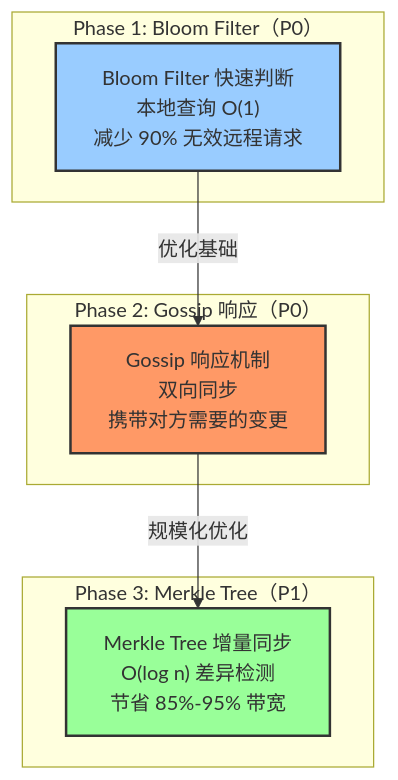
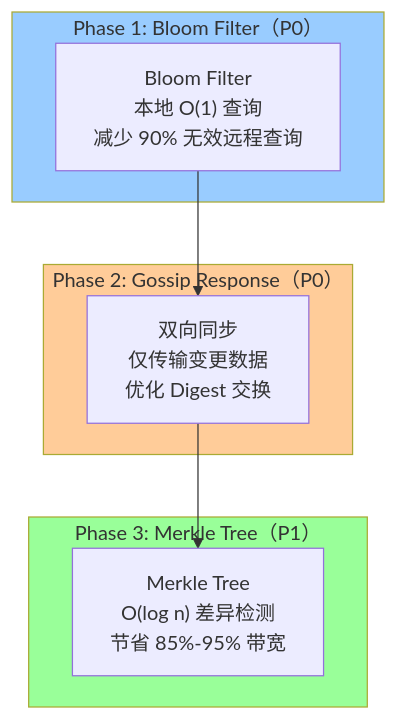
Before and after one commit to jzhang405/NexKV: the first of 4 diagrams in docs/07_spike/node-sync-optimization.md, drawn with Mermaid. The commit also changed other lines of this file and 2 other files, not shown here.

````diff
--- a/docs/07_spike/node-sync-optimization.md
+++ b/docs/07_spike/node-sync-optimization.md
@@ -78,20 +46,21 @@
 ```mermaid
 graph TB
-    subgraph "Phase 1: Bloom Filter（P0）"
-        BF["Bloom Filter 快速判断<br/>本地查询 O(1)<br/>减少 90% 无效远程请求"]
+    subgraph Phase1["Phase 1: Bloom Filter（P0）"]
+        BF["Bloom Filter<br/>本地 O(1) 查询<br/>减少 90% 无效远程查询"]
     end
 
-    subgraph "Phase 2: Gossip 响应（P0）"
-        GS["Gossip 响应机制<br/>双向同步<br/>携带对方需要的变更"]
+    subgraph Phase2["Phase 2: Gossip Response（P0）"]
+        GR["双向同步<br/>仅传输变更数据<br/>优化 Digest 交换"]
     end
 
-    subgraph "Phase 3: Merkle Tree（P1）"
-        MT["Merkle Tree 增量同步<br/>O(log n) 差异检测<br/>节省 85%-95% 带宽"]
+    subgraph Phase3["Phase 3: Merkle Tree（P1）"]
+        MT["Merkle Tree<br/>O(log n) 差异检测<br/>节省 85%-95% 带宽"]
     end
 
-    BF -->|"优化基础"| GS -->|"规模化优化"| MT
+    BF --> GR
+    GR --> MT
 
-    style BF fill:#9cf,stroke:#333,stroke-width:2px
-    style GS fill:#f96,stroke:#333,stroke-width:2px
-    style MT fill:#9f9,stroke:#333,stroke-width:2px
+    style Phase1 fill:#9cf
+    style Phase2 fill:#fc9
+    style Phase3 fill:#9f9
 ```
````
